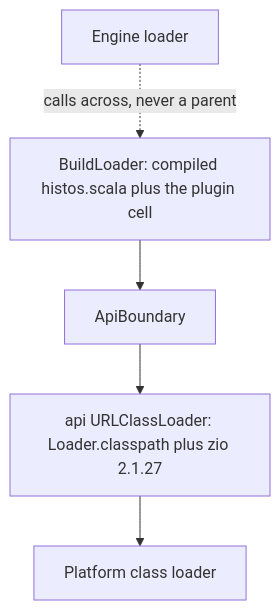
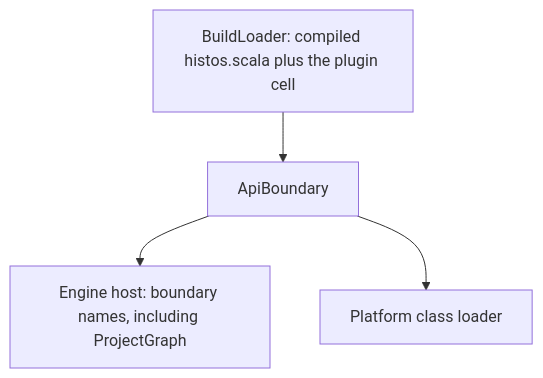
Before and after one commit to early-effect/histos: the first of 2 diagrams in docs/plugins.md, drawn with Mermaid. The commit also changed other lines of this file and 75 other files, not shown here.

````diff
--- a/docs/plugins.md
+++ b/docs/plugins.md
@@ -437,12 +437,10 @@
 ```mermaid
 flowchart TD
   build[BuildLoader: compiled histos.scala plus the plugin cell]
   boundary[ApiBoundary]
-  api["api URLClassLoader: Loader.classpath plus zio 2.1.27"]
+  host[Engine host: boundary names, including ProjectGraph]
   platform[Platform class loader]
-  engine[Engine loader]
   build --> boundary
-  boundary --> api
-  api --> platform
-  engine -.->|calls across, never a parent| build
+  boundary --> host
+  boundary --> platform
 ```
````
